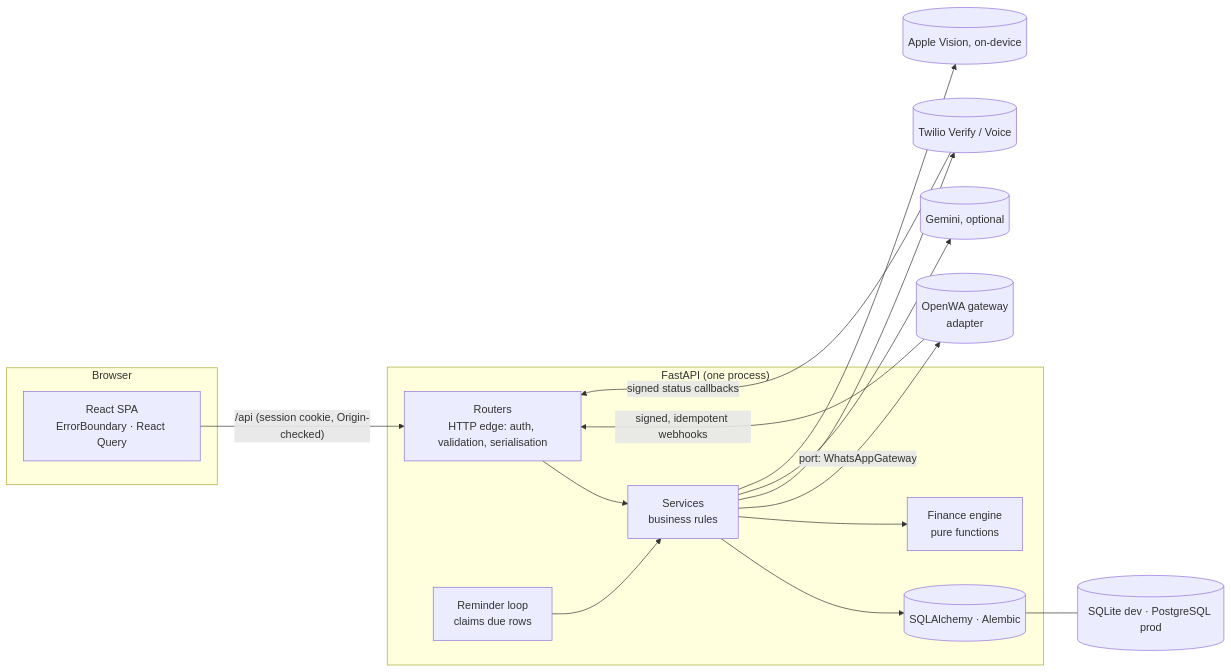
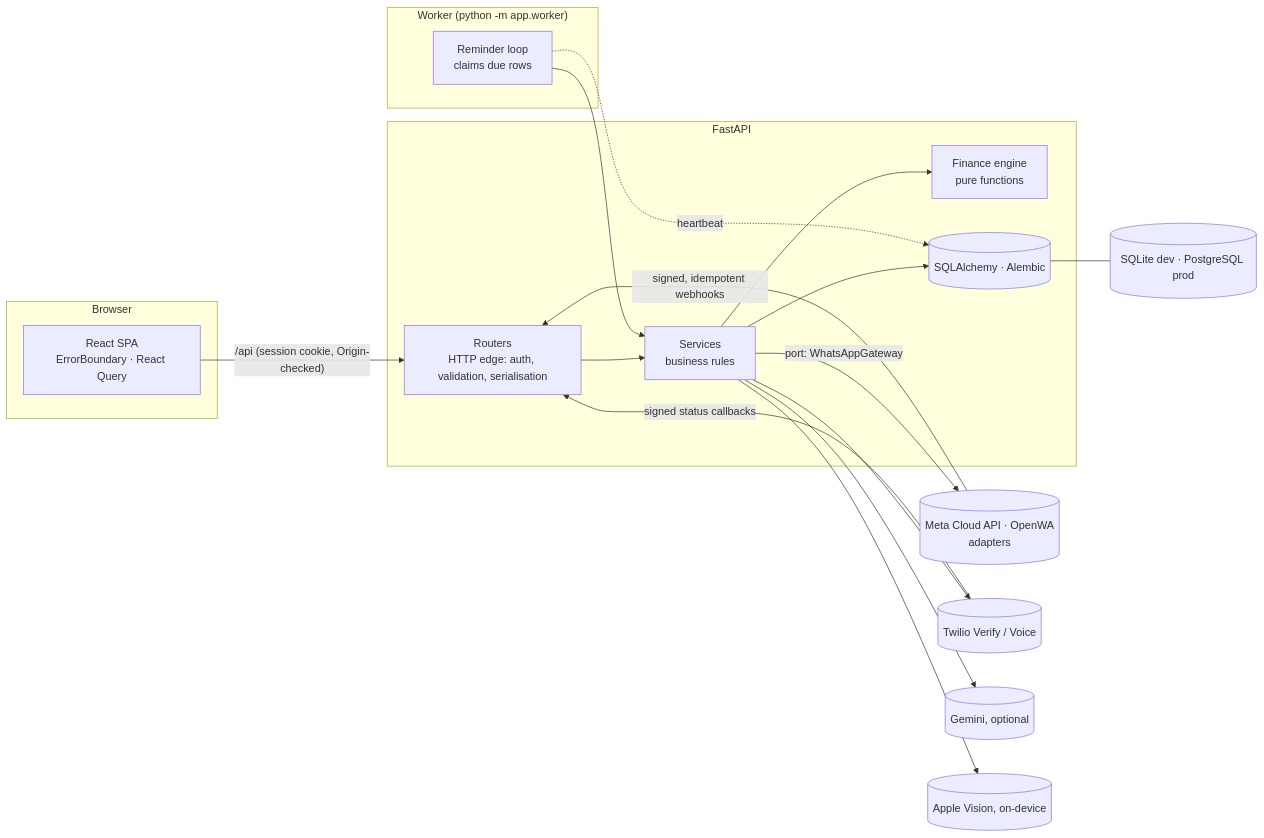
Before and after one commit to pankajbaid567/vitram: the diagram in docs/ARCHITECTURE.md, drawn with Mermaid. The commit also changed other lines of this file and 25 other files, not shown here.

````diff
--- a/docs/ARCHITECTURE.md
+++ b/docs/ARCHITECTURE.md
@@ -5,24 +5,27 @@
 ```mermaid
 flowchart LR
   subgraph Browser
     SPA[React SPA<br/>ErrorBoundary · React Query]
   end
-  subgraph API["FastAPI (one process)"]
+  subgraph API["FastAPI"]
     R[Routers<br/>HTTP edge: auth, validation, serialisation]
     S[Services<br/>business rules]
     F[Finance engine<br/>pure functions]
     D[(SQLAlchemy · Alembic)]
+  end
+  subgraph W["Worker (python -m app.worker)"]
     L[Reminder loop<br/>claims due rows]
   end
   SPA -- "/api (session cookie, Origin-checked)" --> R
   R --> S --> D
   S --> F
   L --> S
-  S -- "port: WhatsAppGateway" --> WA[(OpenWA gateway<br/>adapter)]
+  L -. heartbeat .-> D
+  S -- "port: WhatsAppGateway" --> WA[(Meta Cloud API · OpenWA<br/>adapters)]
   S --> TW[(Twilio Verify / Voice)]
   S --> GM[(Gemini, optional)]
   S --> OCR[(Apple Vision, on-device)]
   WA -- "signed, idempotent webhooks" --> R
   TW -- "signed status callbacks" --> R
   D --- DB[(SQLite dev · PostgreSQL prod)]
 ```
````
